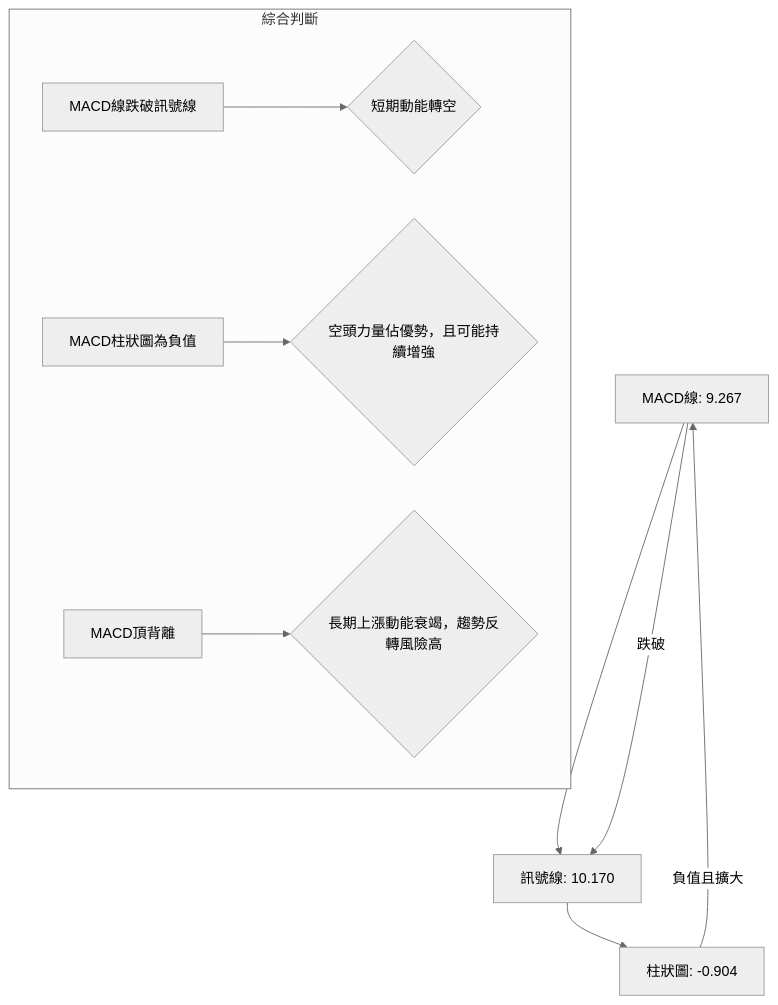
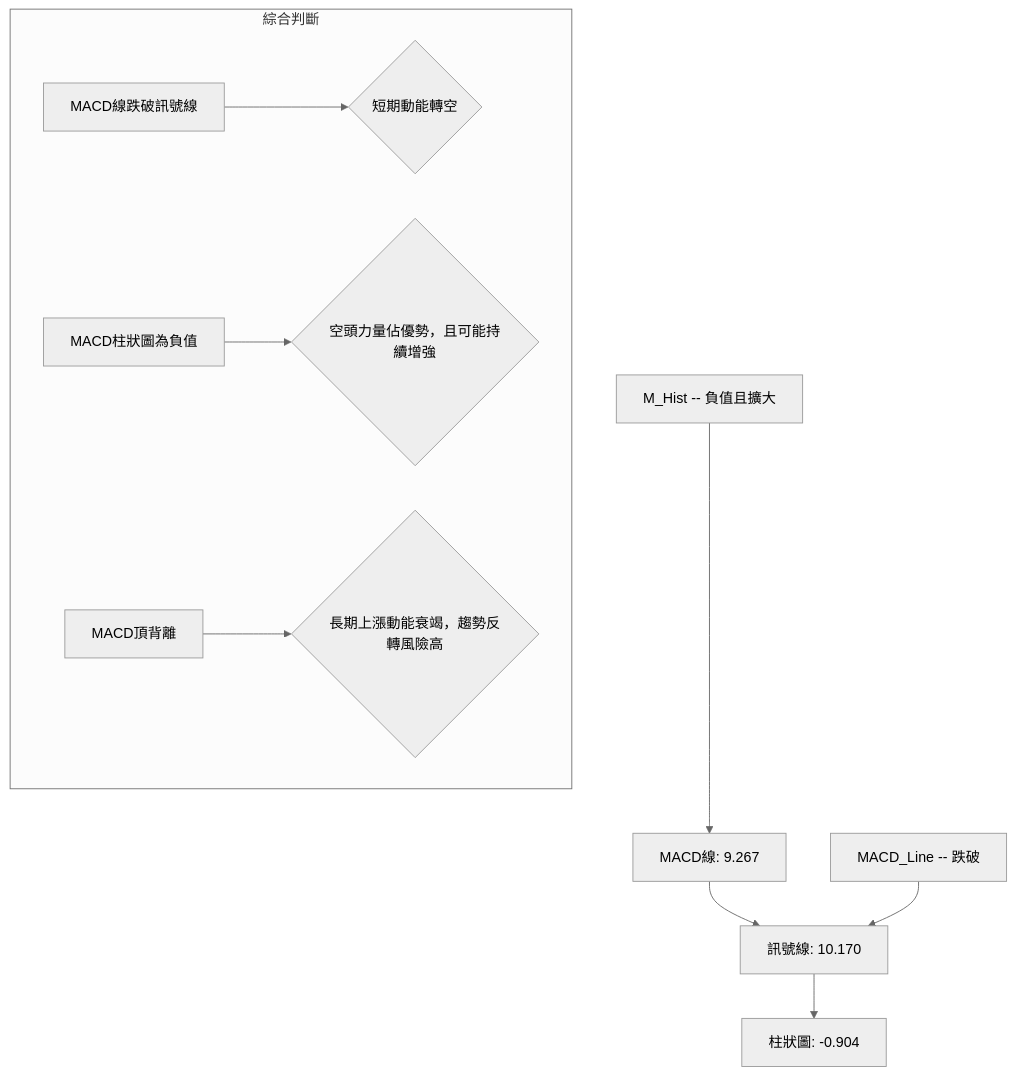
Before and after one commit to yennanliu/finance_data: the eighth of 12 diagrams in ai_gen_report/stock/tsm/technical_analysis_2026-07-04_gemini.md, drawn with Mermaid (neutral theme). The commit also changed other lines of this file and 2258 other files, not shown here.

First line of the commit message:
chore: backfill Mermaid syntax repair across existing reports

````diff
--- a/ai_gen_report/stock/tsm/technical_analysis_2026-07-04_gemini.md
+++ b/ai_gen_report/stock/tsm/technical_analysis_2026-07-04_gemini.md
@@ -521,14 +521,14 @@
 ```mermaid
 graph TD
-    MACD_Line[MACD線: 9.267] --> M_Signal[訊號線: 10.170]
-    M_Signal --> M_Hist[柱狀圖: -0.904]
+    MACD_Line["MACD線: 9.267"] --> M_Signal["訊號線: 10.170"]
+    M_Signal --> M_Hist["柱狀圖: -0.904"]
 
-    MACD_Line -- 跌破 --> M_Signal
-    M_Hist -- 負值且擴大 --> MACD_Line
+    nb1["MACD_Line -- 跌破"] --> M_Signal
+    nb2["M_Hist -- 負值且擴大"] --> MACD_Line
 
     subgraph 綜合判斷
-        A[MACD線跌破訊號線] --> B{短期動能轉空}
-        C[MACD柱狀圖為負值] --> D{空頭力量佔優勢，且可能持續增強}
-        E[MACD頂背離] --> F{長期上漲動能衰竭，趨勢反轉風險高}
+        A["MACD線跌破訊號線"] --> B{"短期動能轉空"}
+        C["MACD柱狀圖為負值"] --> D{"空頭力量佔優勢，且可能持續增強"}
+        E["MACD頂背離"] --> F{"長期上漲動能衰竭，趨勢反轉風險高"}
     end
 ```
````
